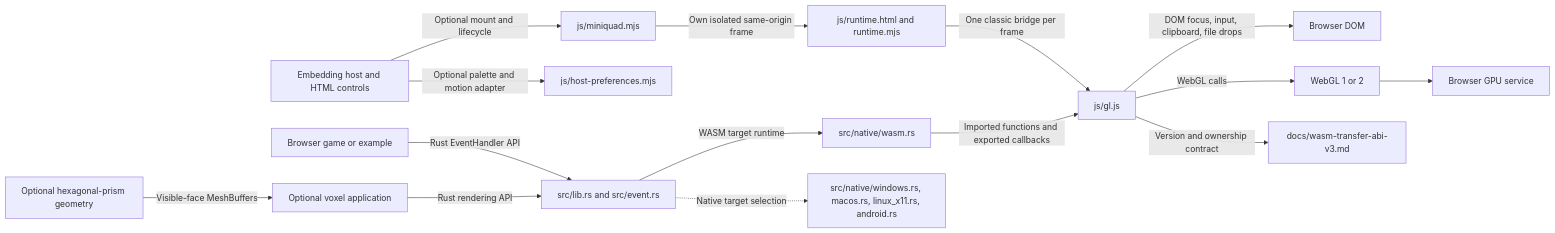
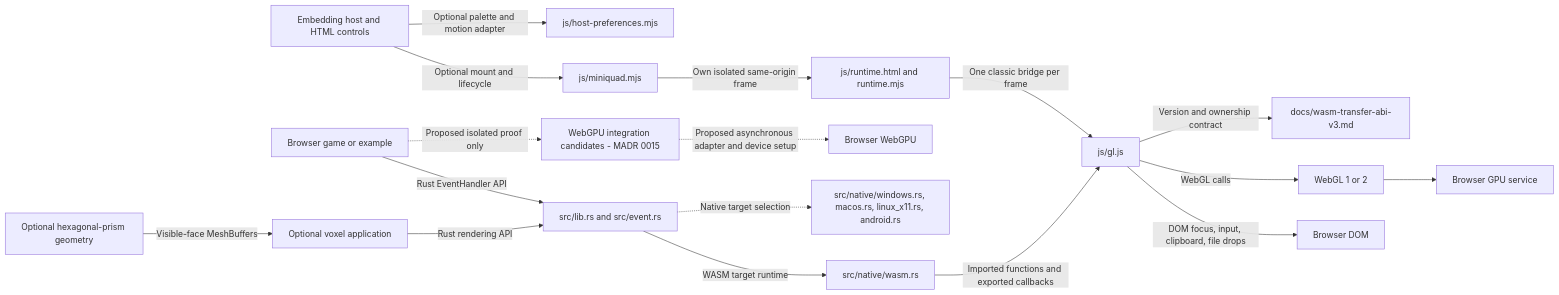
Before and after one commit to Tigon32/miniquad: the diagram in docs/architecture/components.mmd, drawn with Mermaid. The commit also changed 5 other files, not shown here.

Commit message:
docs: require a proof-gated WebGPU migration (#154)

```diff
--- a/docs/architecture/components.mmd
+++ b/docs/architecture/components.mmd
@@ -1,15 +1,17 @@
 flowchart LR
     Host["Embedding host and HTML controls"] -->|"Optional mount and lifecycle"| Embed["js/miniquad.mjs"]
     Embed -->|"Own isolated same-origin frame"| Runtime["js/runtime.html and runtime.mjs"]
     Runtime -->|"One classic bridge per frame"| Bridge["js/gl.js"]
     Host -->|"Optional palette and motion adapter"| Preferences["js/host-preferences.mjs"]
     App["Browser game or example"] -->|"Rust EventHandler API"| Public["src/lib.rs and src/event.rs"]
     Hex["Optional hexagonal-prism geometry"] -->|"Visible-face MeshBuffers"| Voxel["Optional voxel application"]
     Voxel -->|"Rust rendering API"| Public
     Public -->|"WASM target runtime"| Backend["src/native/wasm.rs"]
     Backend -->|"Imported functions and exported callbacks"| Bridge["js/gl.js"]
     Bridge -->|"DOM focus, input, clipboard, file drops"| Browser["Browser DOM"]
     Bridge -->|"WebGL calls"| GL["WebGL 1 or 2"]
     GL --> GPU["Browser GPU service"]
     Public -.->|"Native target selection"| Native["src/native/windows.rs, macos.rs, linux_x11.rs, android.rs"]
     Bridge -->|"Version and ownership contract"| ABI["docs/wasm-transfer-abi-v3.md"]
+    App -.->|"Proposed isolated proof only"| Proof["WebGPU integration candidates - MADR 0015"]
+    Proof -.->|"Proposed asynchronous adapter and device setup"| WebGPU["Browser WebGPU"]
```
